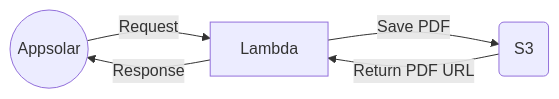
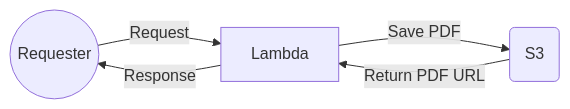
The diagram in README.md (northoniserhardt/lambda-serverless-pdf-generator), drawn with Mermaid before and after one commit.

Commit message:
ajustando markdown do esquema

````diff
--- a/README.md
+++ b/README.md
@@ -48,4 +48,4 @@
 ```mermaid
 graph LR
-A((Appsolar)) -- Request --> B[Lambda] -- Save PDF --> C(S3) -- Return PDF URL --> B -- Response --> A
+A((Requester)) -- Request --> B[Lambda] -- Save PDF --> C(S3) -- Return PDF URL --> B -- Response --> A
 ```
````
